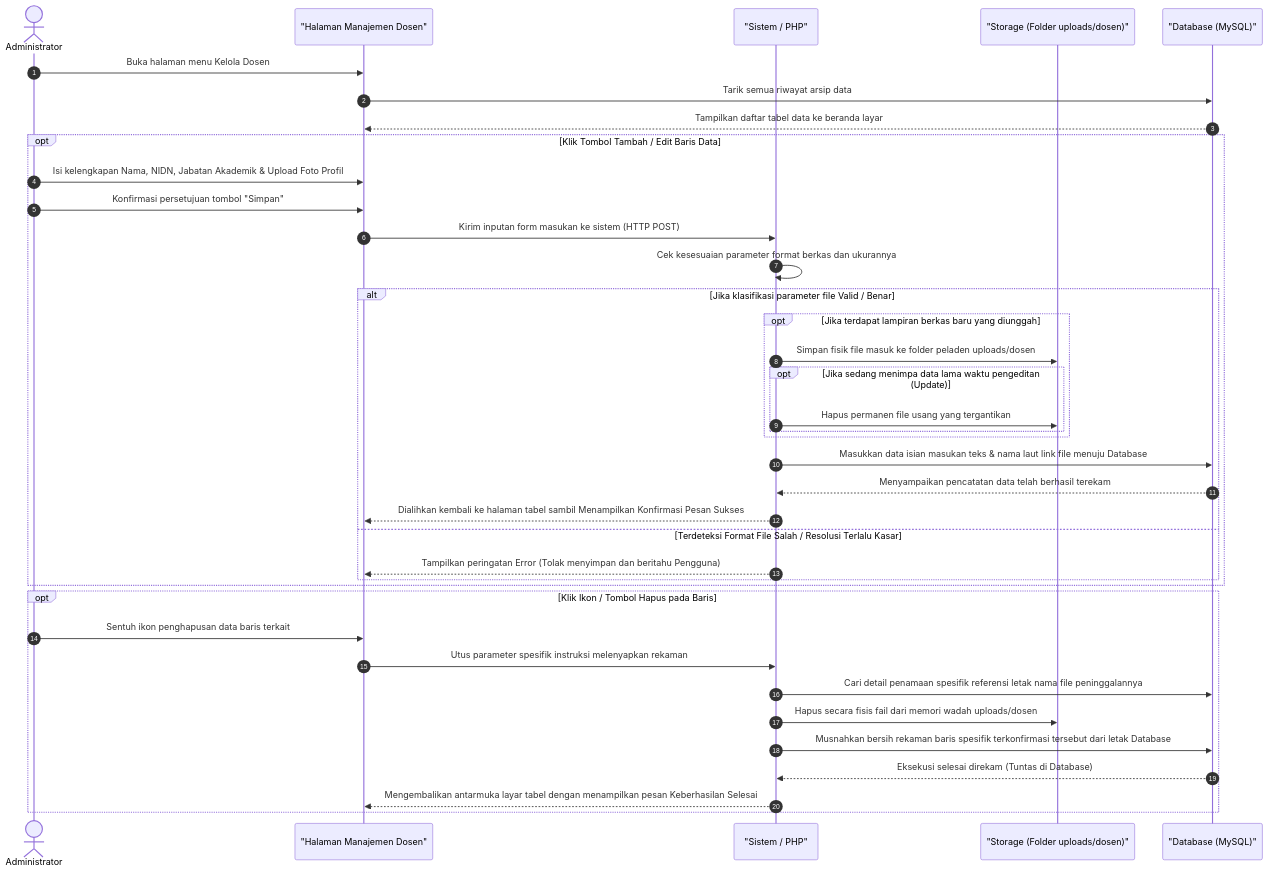
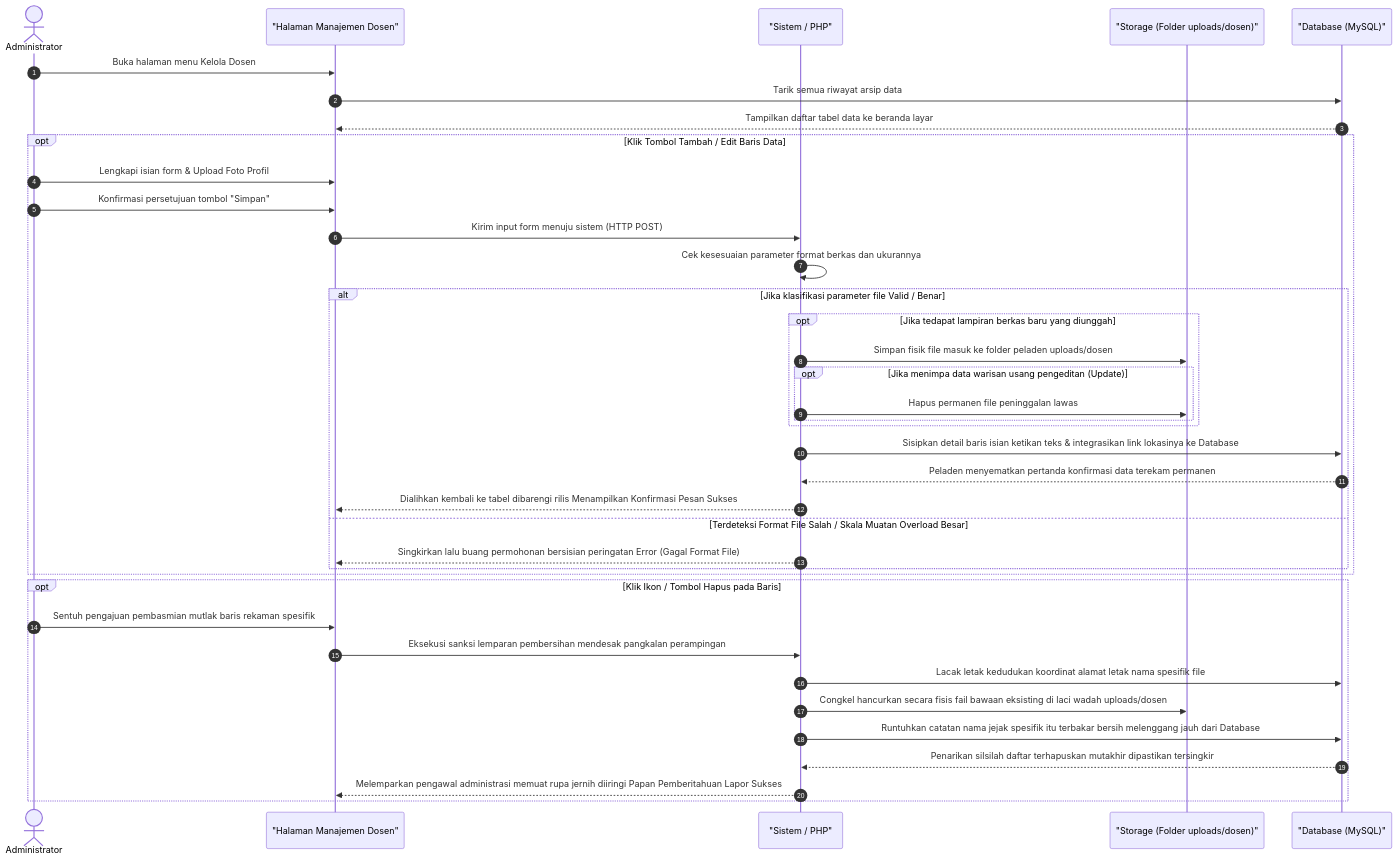
One commit to arbain-dev/Web_fikom changed the diagram in docs/sequence_diagram_admin_dosen.md. Above: the diagram before and after it, drawn with Mermaid. The commit also changed other lines of this file and 18 other files, not shown here.

Commit message:
docs: mengubah format penjelasan sequence administrator dari list menjadi paragraf naratif

````diff
--- a/docs/sequence_diagram_admin_dosen.md
+++ b/docs/sequence_diagram_admin_dosen.md
@@ -29,48 +15,48 @@
 ```mermaid
 sequenceDiagram
     autonumber
     actor Admin as Administrator
     participant View as "Halaman Manajemen Dosen"
     participant System as "Sistem / PHP"
     participant Server as "Storage (Folder uploads/dosen)"
     participant DB as "Database (MySQL)"
 
     Admin->>View: Buka halaman menu Kelola Dosen
     View->>DB: Tarik semua riwayat arsip data
     DB-->>View: Tampilkan daftar tabel data ke beranda layar
 
     %% Proses Tambah / Edit
     opt Klik Tombol Tambah / Edit Baris Data
-        Admin->>View: Isi kelengkapan Nama, NIDN, Jabatan Akademik & Upload Foto Profil
+        Admin->>View: Lengkapi isian form & Upload Foto Profil
         Admin->>View: Konfirmasi persetujuan tombol "Simpan"
-        View->>System: Kirim inputan form masukan ke sistem (HTTP POST)
+        View->>System: Kirim input form menuju sistem (HTTP POST)
 
         System->>System: Cek kesesuaian parameter format berkas dan ukurannya
         
         alt Jika klasifikasi parameter file Valid / Benar
-            opt Jika terdapat lampiran berkas baru yang diunggah
+            opt Jika tedapat lampiran berkas baru yang diunggah
                 System->>Server: Simpan fisik file masuk ke folder peladen uploads/dosen
-                opt Jika sedang menimpa data lama waktu pengeditan (Update)
-                    System->>Server: Hapus permanen file usang yang tergantikan
+                opt Jika menimpa data warisan usang pengeditan (Update)
+                    System->>Server: Hapus permanen file peninggalan lawas
                 end
             end
             
-            System->>DB: Masukkan data isian masukan teks & nama laut link file menuju Database
-            DB-->>System: Menyampaikan pencatatan data telah berhasil terekam
-            System-->>View: Dialihkan kembali ke halaman tabel sambil Menampilkan Konfirmasi Pesan Sukses
-        else Terdeteksi Format File Salah / Resolusi Terlalu Kasar
-            System-->>View: Tampilkan peringatan Error (Tolak menyimpan dan beritahu Pengguna)
+            System->>DB: Sisipkan detail baris isian ketikan teks & integrasikan link lokasinya ke Database
+            DB-->>System: Peladen menyematkan pertanda konfirmasi data terekam permanen
+            System-->>View: Dialihkan kembali ke tabel dibarengi rilis Menampilkan Konfirmasi Pesan Sukses
+        else Terdeteksi Format File Salah / Skala Muatan Overload Besar
+            System-->>View: Singkirkan lalu buang permohonan bersisian peringatan Error (Gagal Format File)
         end
     end
 
     %% Proses Hapus
     opt Klik Ikon / Tombol Hapus pada Baris
-        Admin->>View: Sentuh ikon penghapusan data baris terkait
-        View->>System: Utus parameter spesifik instruksi melenyapkan rekaman
-        System->>DB: Cari detail penamaan spesifik referensi letak nama file peninggalannya
-        System->>Server: Hapus secara fisis fail dari memori wadah uploads/dosen
-        System->>DB: Musnahkan bersih rekaman baris spesifik terkonfirmasi tersebut dari letak Database
-        DB-->>System: Eksekusi selesai direkam (Tuntas di Database)
-        System-->>View: Mengembalikan antarmuka layar tabel dengan menampilkan pesan Keberhasilan Selesai
+        Admin->>View: Sentuh pengajuan pembasmian mutlak baris rekaman spesifik
+        View->>System: Eksekusi sanksi lemparan pembersihan mendesak pangkalan perampingan
+        System->>DB: Lacak letak kedudukan koordinat alamat letak nama spesifik file 
+        System->>Server: Congkel hancurkan secara fisis fail bawaan eksisting di laci wadah uploads/dosen
+        System->>DB: Runtuhkan catatan nama jejak spesifik itu terbakar bersih melenggang jauh dari Database
+        DB-->>System: Penarikan silsilah daftar terhapuskan mutakhir dipastikan tersingkir
+        System-->>View: Melemparkan pengawal administrasi memuat rupa jernih diiringi Papan Pemberitahuan Lapor Sukses 
     end
 ```
````
